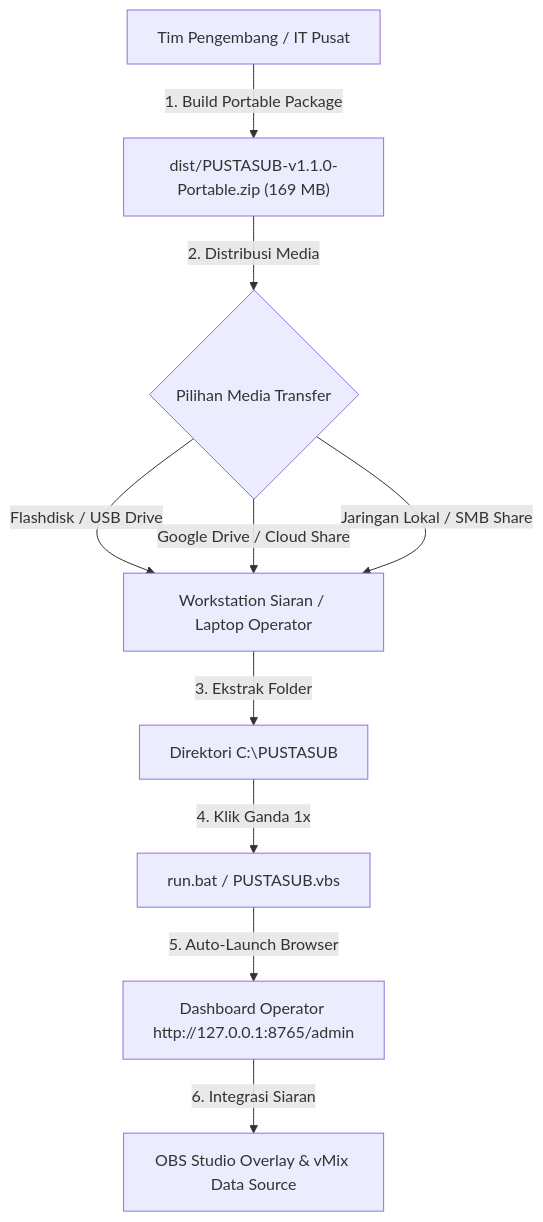
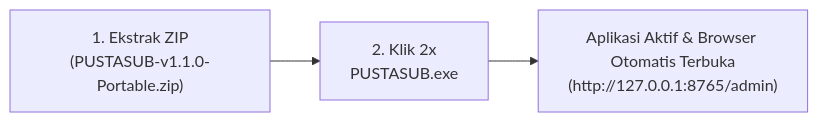
The diagram in docs/distribution-guide.md (pusaka-ut/pustasub), drawn with Mermaid before and after one commit. The commit also changed other lines of this file and 1 other file, not shown here.

Commit message:
docs: perbarui panduan distribusi fokus pada PUSTASUB.exe 1-klik

````diff
--- a/docs/distribution-guide.md
+++ b/docs/distribution-guide.md
@@ -29,12 +10,5 @@
 ```mermaid
-flowchart TD
-    A["Tim Pengembang / IT Pusat"] -->|1. Build Portable Package| B["dist/PUSTASUB-v1.1.0-Portable.zip (169 MB)"]
-    B -->|2. Distribusi Media| C{"Pilihan Media Transfer"}
-    C -->|Flashdisk / USB Drive| D["Workstation Siaran / Laptop Operator"]
-    C -->|Google Drive / Cloud Share| D
-    C -->|Jaringan Lokal / SMB Share| D
-    D -->|3. Ekstrak Folder| E["Direktori C:\PUSTASUB"]
-    E -->|4. Klik Ganda 1x| F["run.bat / PUSTASUB.vbs"]
-    F -->|5. Auto-Launch Browser| G["Dashboard Operator http://127.0.0.1:8765/admin"]
-    G -->|6. Integrasi Siaran| H["OBS Studio Overlay & vMix Data Source"]
+flowchart LR
+    A["1. Ekstrak ZIP\n(PUSTASUB-v1.1.0-Portable.zip)"] --> B["2. Klik 2x\nPUSTASUB.exe"]
+    B --> C["Aplikasi Aktif & Browser Otomatis Terbuka\n(http://127.0.0.1:8765/admin)"]
 ```
````
